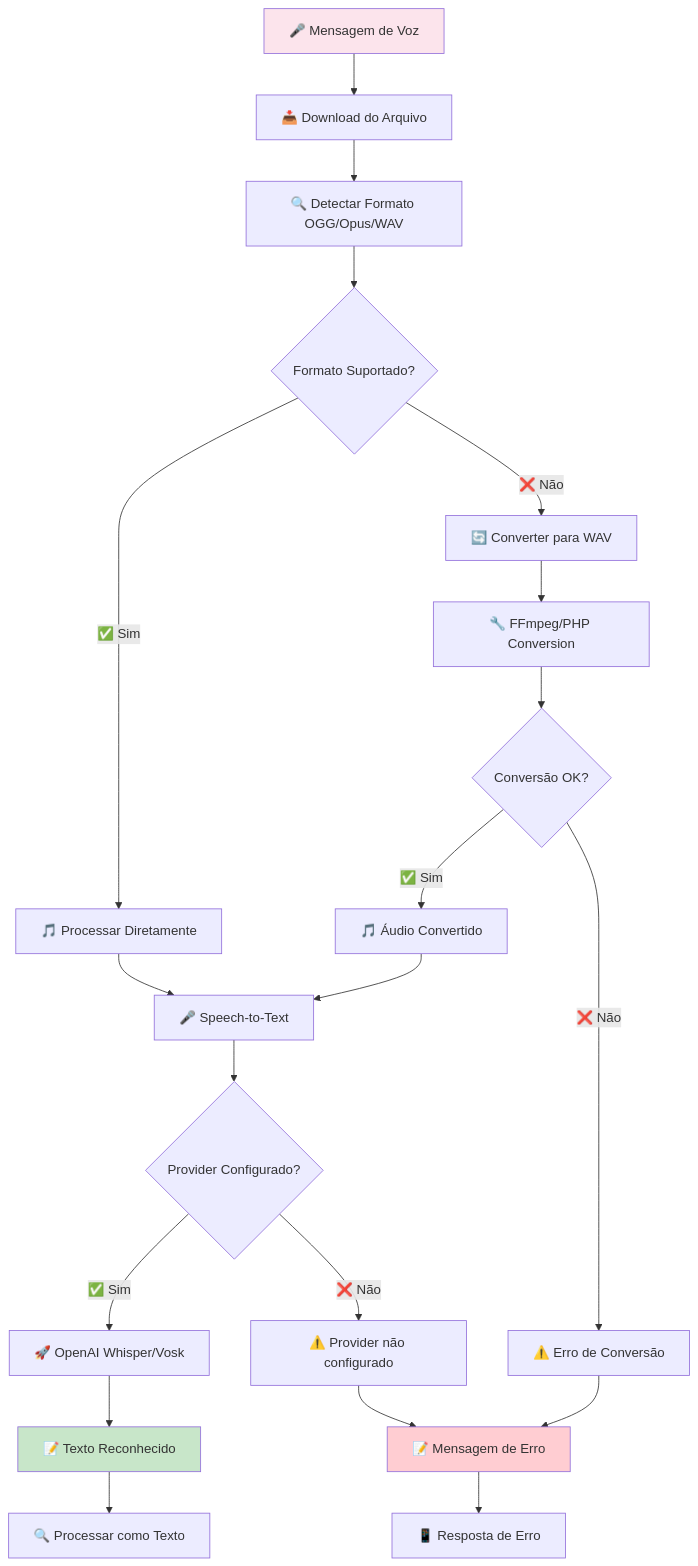
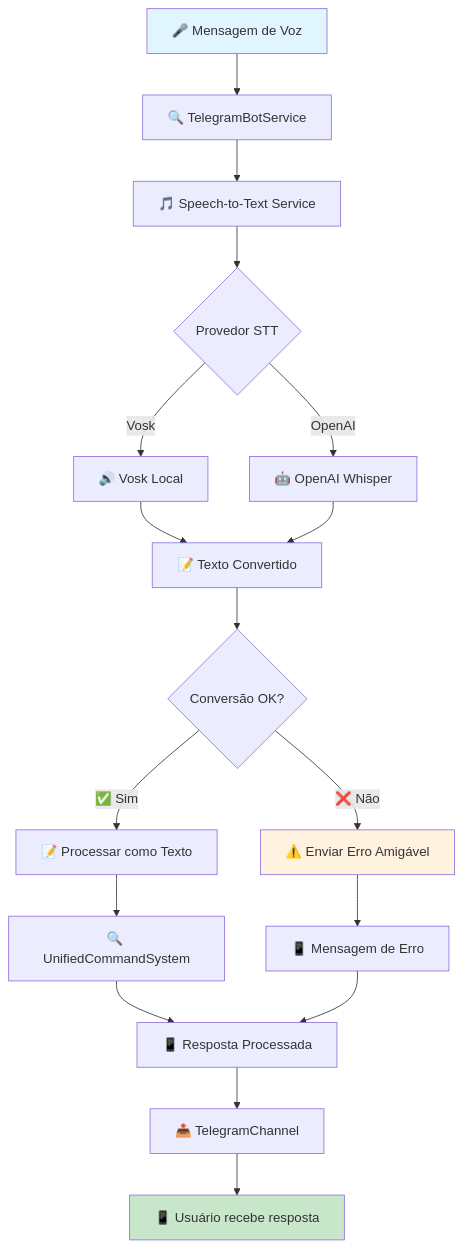
One commit to spsise/rei-do-oleo changed the third of 10 diagrams in backend/docs/TELEGRAM_FLOW_DIAGRAM.md. Above: the diagram before and after it, drawn with Mermaid. The commit also changed other lines of this file and 4 other files, not shown here.

Commit message:
🐘 Backend ✨ feat: Adiciona comando de console para testar o tratamento de erros do Telegram, permitindo simular diferentes tipos de erros e enviar mensagens amigáveis aos usuários, melhorando a robustez e a experiência do usuário no bot Telegram.

````diff
--- a/backend/docs/TELEGRAM_FLOW_DIAGRAM.md
+++ b/backend/docs/TELEGRAM_FLOW_DIAGRAM.md
@@ -95,32 +99,29 @@
 ```mermaid
 flowchart TD
-    A[🎤 Mensagem de Voz] --> B[📥 Download do Arquivo]
-    B --> C[🔍 Detectar Formato OGG/Opus/WAV]
+    A[🎤 Mensagem de Voz] --> B[🔍 TelegramBotService]
+    B --> C[🎵 Speech-to-Text Service]
 
-    C --> D{Formato Suportado?}
-    D -->|✅ Sim| E[🎵 Processar Diretamente]
-    D -->|❌ Não| F[🔄 Converter para WAV]
+    C --> D{Provedor STT}
+    D -->|Vosk| E[🔊 Vosk Local]
+    D -->|OpenAI| F[🤖 OpenAI Whisper]
 
-    F --> G[🔧 FFmpeg/PHP Conversion]
+    E --> G[📝 Texto Convertido]
+    F --> G
+
     G --> H{Conversão OK?}
-    H -->|✅ Sim| I[🎵 Áudio Convertido]
-    H -->|❌ Não| J[⚠️ Erro de Conversão]
+    H -->|✅ Sim| I[📝 Processar como Texto]
+    H -->|❌ Não| J[⚠️ Enviar Erro Amigável]
 
-    E --> K[🎤 Speech-to-Text]
-    I --> K
-    J --> L[📝 Mensagem de Erro]
+    I --> K[🔍 UnifiedCommandSystem]
+    J --> L[📱 Mensagem de Erro]
 
-    K --> M{Provider Configurado?}
-    M -->|✅ Sim| N[🚀 OpenAI Whisper/Vosk]
-    M -->|❌ Não| O[⚠️ Provider não configurado]
+    K --> M[📱 Resposta Processada]
+    L --> M
 
-    N --> P[📝 Texto Reconhecido]
-    P --> Q[🔍 Processar como Texto]
+    M --> N[📤 TelegramChannel]
+    N --> O[📱 Usuário recebe resposta]
 
-    O --> L
-    L --> R[📱 Resposta de Erro]
-
-    style A fill:#fce4ec
-    style P fill:#c8e6c9
-    style L fill:#ffcdd2
+    style A fill:#e1f5fe
+    style O fill:#c8e6c9
+    style J fill:#fff3e0
 ```
````
